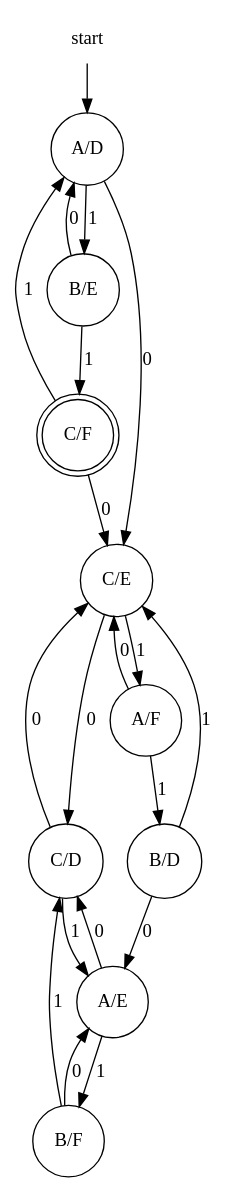
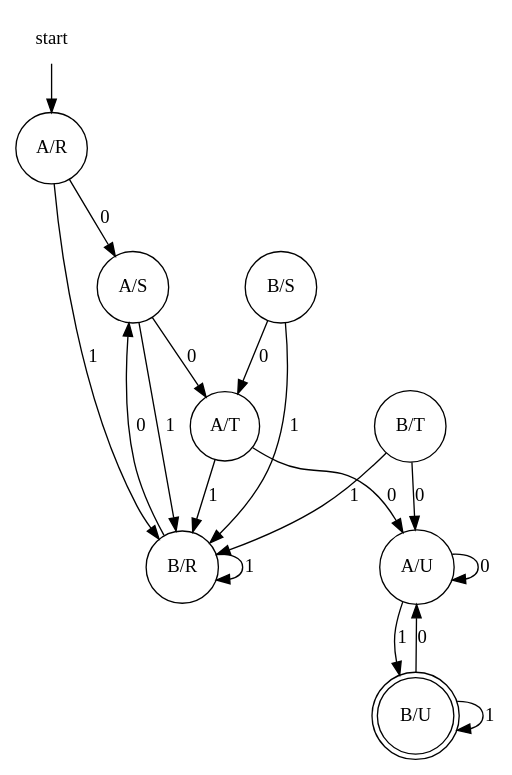
One commit to evertheylen/TA_TO changed the diagram in Helix/testbestanden/Product/Expectedfile2.dot. Above: the diagram before and after it, drawn with Graphviz. The commit also changed 12 other files, not shown here.

```diff
--- a/Helix/testbestanden/Product/Expectedfile2.dot
+++ b/Helix/testbestanden/Product/Expectedfile2.dot
@@ -1,26 +1,22 @@
 digraph automaton {
-//    rankdir = LR
     node [shape=none]; start;
-    node [shape=doublecircle]; "C/F";
+    node [shape=doublecircle]; "B/U";
     node [shape=circle];
-    start -> "A/D";
-    "A/D" -> "C/E" [label="0"];
-    "A/D" -> "B/E" [label="1"];
-    "A/E" -> "C/D" [label="0"];
-    "A/E" -> "B/F" [label="1"];
-    "A/F" -> "C/E" [label="0"];
-    "A/F" -> "B/D" [label="1"];
-    "B/D" -> "A/E" [label="0"];
-    "B/D" -> "C/E" [label="1"];
-    "B/E" -> "A/D" [label="0"];
-    "B/E" -> "C/F" [label="1"];
-    "C/D" -> "C/E" [label="0"];
-    "C/D" -> "A/E" [label="1"];
-    "C/E" -> "C/D" [label="0"];
-    "C/E" -> "A/F" [label="1"];
-    "C/F" -> "C/E" [label="0"];
-    "C/F" -> "A/D" [label="1"];
-    "B/F" -> "A/E" [label="0"];
-    "B/F" -> "C/D" [label="1"];
-
+    start -> "A/R";
+    "A/R" -> "A/S" [label="0"];
+    "A/R" -> "B/R" [label="1"];
+    "A/S" -> "A/T" [label="0"];
+    "A/S" -> "B/R" [label="1"];
+    "A/T" -> "A/U" [label="0"];
+    "A/T" -> "B/R" [label="1"];
+    "A/U" -> "A/U" [label="0"];
+    "A/U" -> "B/U" [label="1"];
+    "B/R" -> "A/S" [label="0"];
+    "B/R" -> "B/R" [label="1"];
+    "B/S" -> "A/T" [label="0"];
+    "B/S" -> "B/R" [label="1"];
+    "B/T" -> "A/U" [label="0"];
+    "B/T" -> "B/R" [label="1"];
+    "B/U" -> "A/U" [label="0"];
+    "B/U" -> "B/U" [label="1"];
 }
```
